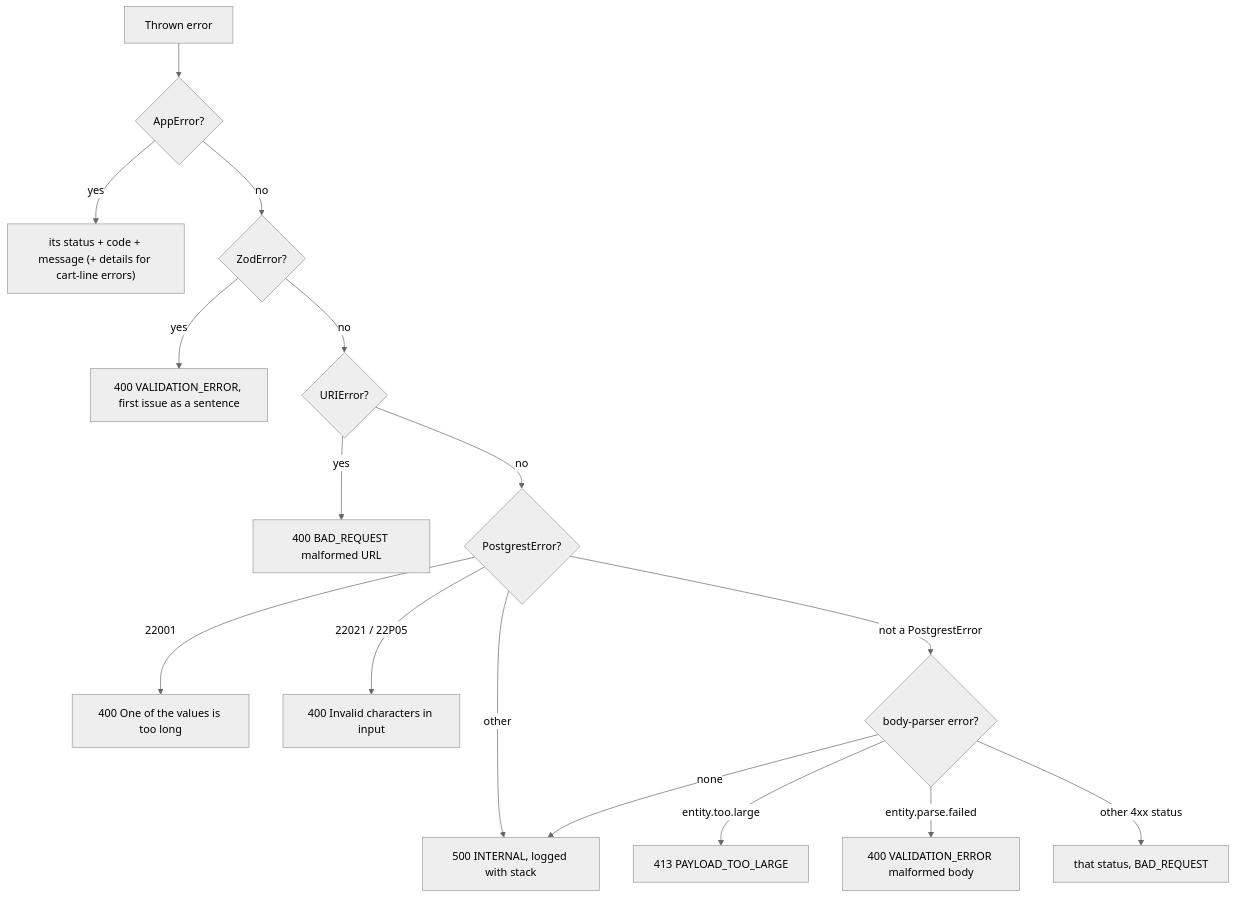
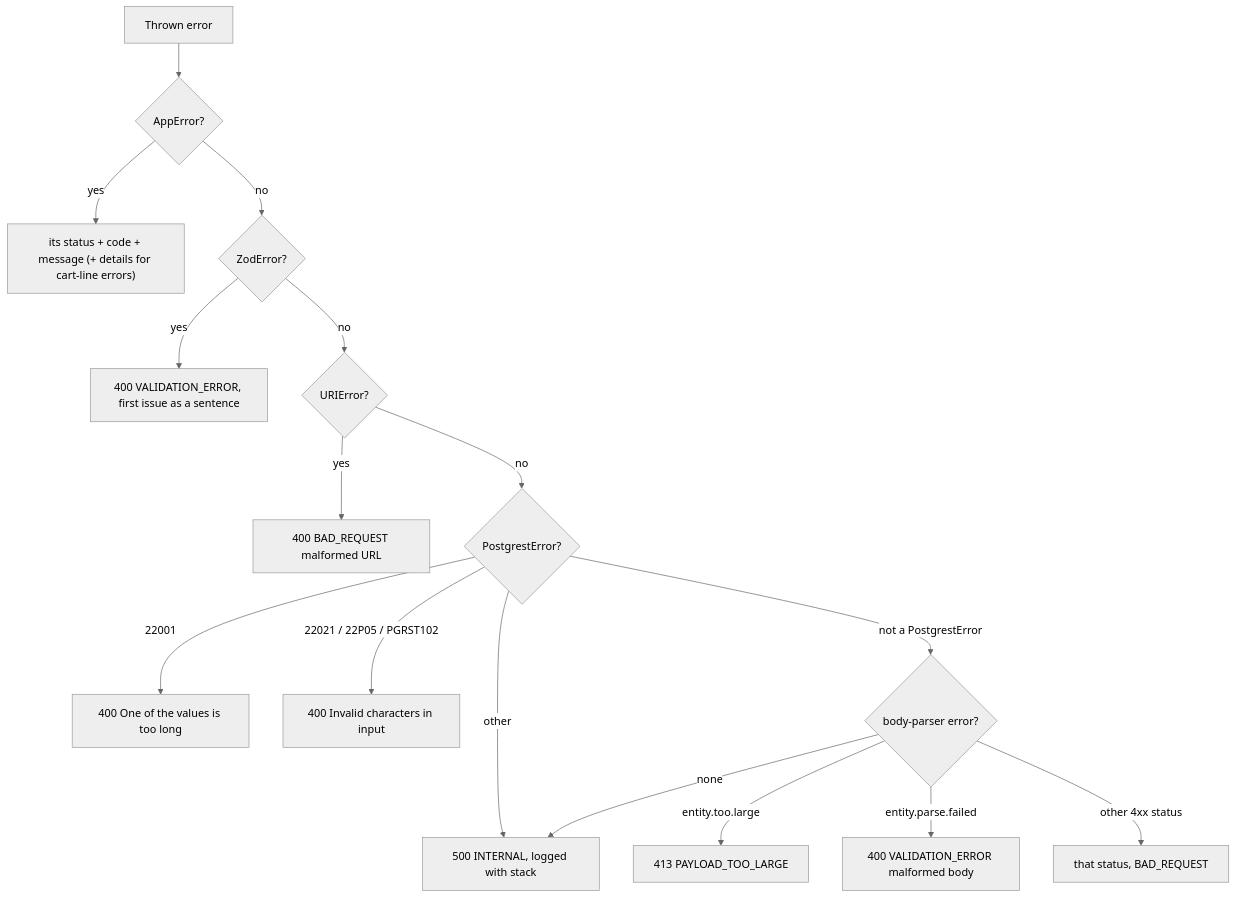
One commit to The-KhaNha/KhaNha changed diagram 27 of 28 in docs/ARCHITECTURE.md. Above: the diagram before and after it, drawn with Mermaid (neutral theme). The commit also changed 19 other files, not shown here.

````diff
--- a/docs/ARCHITECTURE.md
+++ b/docs/ARCHITECTURE.md
@@ -943,18 +943,18 @@
 ```mermaid
 flowchart TD
   E["Thrown error"] --> A{"AppError?"}
   A -->|"yes"| A1["its status + code + message (+ details for cart-line errors)"]
   A -->|"no"| Z{"ZodError?"}
   Z -->|"yes"| Z1["400 VALIDATION_ERROR, first issue as a sentence"]
   Z -->|"no"| U{"URIError?"}
   U -->|"yes"| U1["400 BAD_REQUEST malformed URL"]
   U -->|"no"| P{"PostgrestError?"}
   P -->|"22001"| P1["400 One of the values is too long"]
-  P -->|"22021 / 22P05"| P2["400 Invalid characters in input"]
+  P -->|"22021 / 22P05 / PGRST102"| P2["400 Invalid characters in input"]
   P -->|"other"| I["500 INTERNAL, logged with stack"]
   P -->|"not a PostgrestError"| H{"body-parser error?"}
   H -->|"entity.too.large"| H1["413 PAYLOAD_TOO_LARGE"]
   H -->|"entity.parse.failed"| H2["400 VALIDATION_ERROR malformed body"]
   H -->|"other 4xx status"| H3["that status, BAD_REQUEST"]
   H -->|"none"| I
 ```
````
